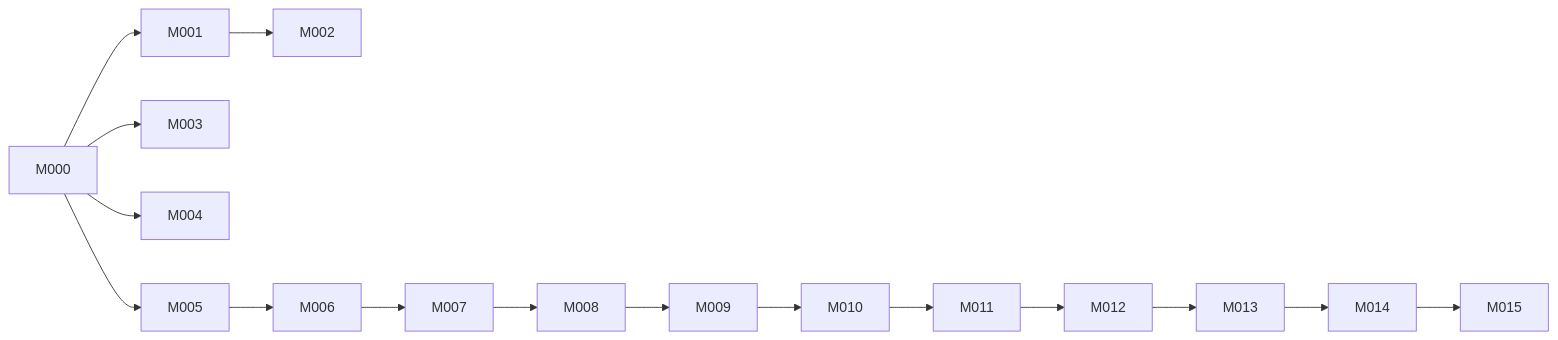
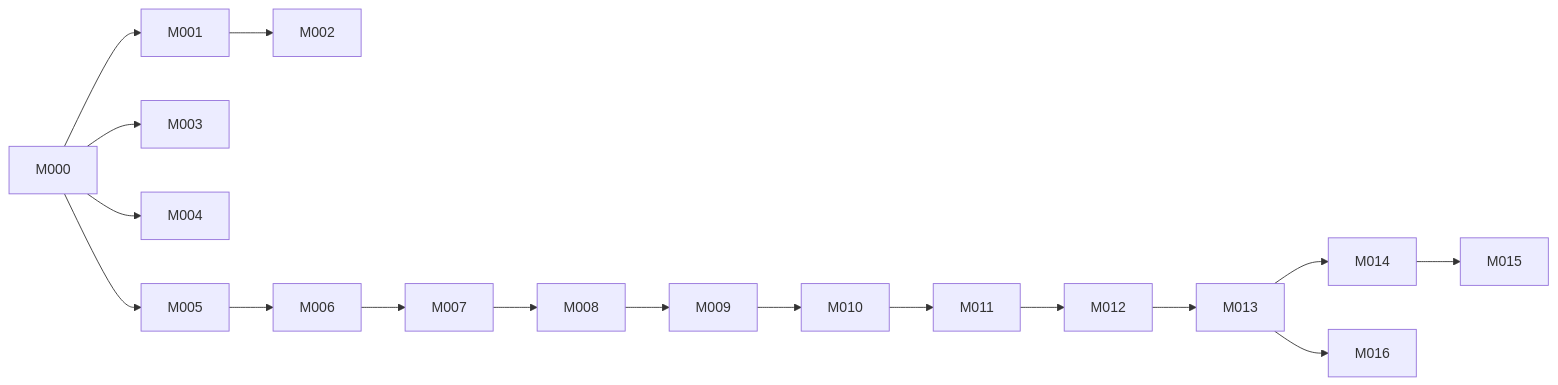
Before and after one commit to eskobar95/mercflow: the diagram in .factory/planning/milestones.md, drawn with Mermaid. The commit also changed other lines of this file and 6 other files, not shown here.

First line of the commit message:
docs(factory): add M016 Settings Architecture PRD, ADR-012, backlog

````diff
--- a/.factory/planning/milestones.md
+++ b/.factory/planning/milestones.md
@@ -511,18 +543,19 @@
 ```mermaid
 flowchart LR
   M000 --> M001
   M000 --> M003
   M000 --> M004
   M000 --> M005
   M001 --> M002
   M005 --> M006
   M006 --> M007
   M007 --> M008
   M008 --> M009
   M009 --> M010
   M010 --> M011
   M011 --> M012
   M012 --> M013
   M013 --> M014
+  M013 --> M016
   M014 --> M015
 ```
````
